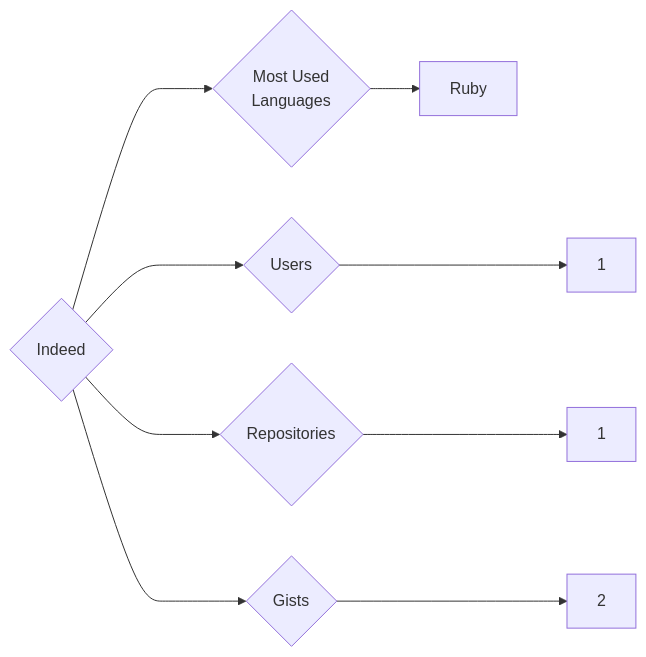
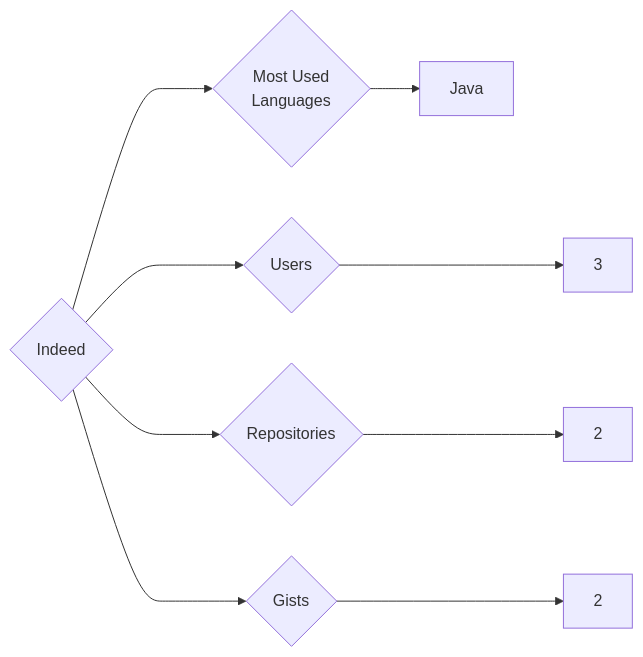
Before and after one commit to trickest/insiders: the diagram in targets/Indeed/README.md, drawn with Mermaid. The commit also changed 870 other files, not shown here.

````diff
--- a/targets/Indeed/README.md
+++ b/targets/Indeed/README.md
@@ -3,9 +3,9 @@
 ```mermaid
 graph LR
 COMPANY_NAME{Indeed}
-COMPANY_NAME ---> U{Users} ---> UN[1]
-COMPANY_NAME ---> R{Repositories} ---> RN[1]
+COMPANY_NAME ---> U{Users} ---> UN[3]
+COMPANY_NAME ---> R{Repositories} ---> RN[2]
 COMPANY_NAME ---> G{Gists} ---> GN[2]
 COMPANY_NAME ---> ML{Most Used<br>Languages}
-ML --> Ruby[Ruby]
+ML --> Java[Java]
 ```
````
